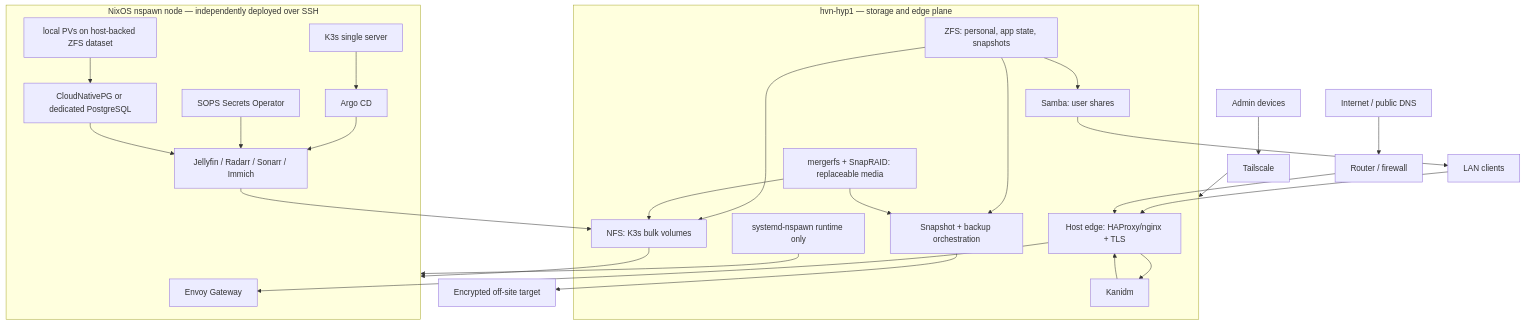
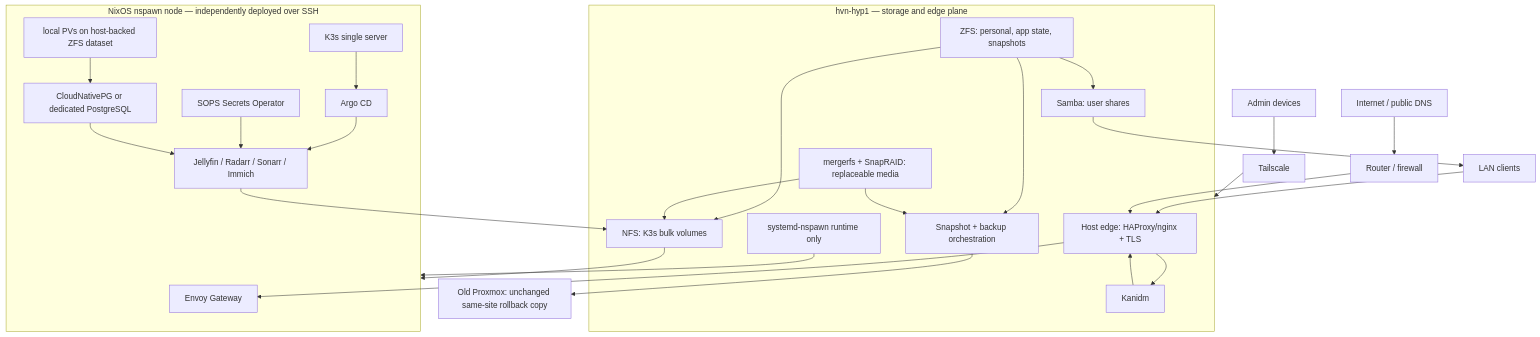
Before and after one commit to dvicory/homelab: the first of 2 diagrams in homelab_services/architecture.md, drawn with Mermaid. The commit also changed other lines of this file and 9 other files, not shown here.

````diff
--- a/homelab_services/architecture.md
+++ b/homelab_services/architecture.md
@@ -5,47 +5,47 @@
 ```mermaid
 flowchart TB
   Internet[Internet / public DNS] --> Router[Router / firewall]
   LAN[LAN clients] --> Edge
   Remote[Admin devices] --> Tailnet[Tailscale]
   Tailnet --> Host
   Router --> Edge[Host edge: HAProxy/nginx + TLS]
 
   subgraph Host[hvn-hyp1 — storage and edge plane]
     Edge --> Kanidm[Kanidm]
     ZFS[ZFS: personal, app state, snapshots]
     Media[mergerfs + SnapRAID: replaceable media]
     SMB[Samba: user shares]
     NFS[NFS: K3s bulk volumes]
     Backup[Snapshot + backup orchestration]
     Runtime[systemd-nspawn runtime only]
     ZFS --> SMB
     ZFS --> NFS
     Media --> NFS
     ZFS --> Backup
     Media --> Backup
   end
 
   Edge --> Gateway
   Runtime --> Guest
   NFS --> Guest
 
   subgraph Guest[NixOS nspawn node — independently deployed over SSH]
     K3s[K3s single server]
     Gateway[Envoy Gateway]
     Argo[Argo CD]
     Secrets[SOPS Secrets Operator]
     DB[CloudNativePG or dedicated PostgreSQL]
     Apps[Jellyfin / Radarr / Sonarr / Immich]
     LocalPV[local PVs on host-backed ZFS dataset]
     K3s --> Argo
     Argo --> Apps
     Secrets --> Apps
     DB --> Apps
     LocalPV --> DB
   end
 
   Kanidm --> Edge
   Apps --> NFS
   SMB --> LAN
-  Backup --> Offsite[Encrypted off-site target]
+  Backup --> Legacy[Old Proxmox: unchanged same-site rollback copy]
 ```
````
